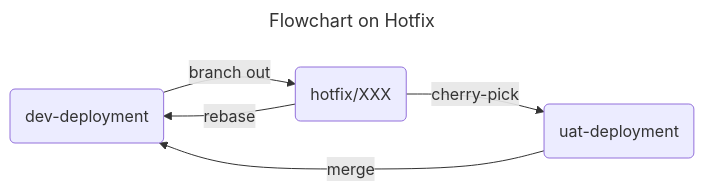
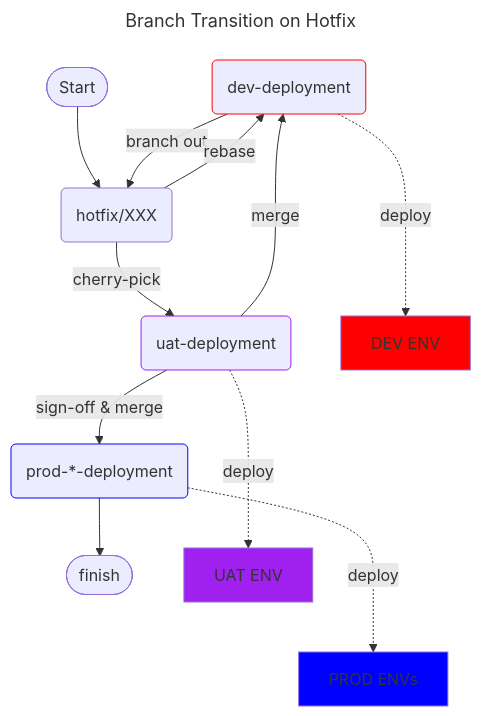
The second of 2 diagrams in how-we-develop/git-workflow.md (adamwan-nexplore/guidebook-nxp-hk), drawn with Mermaid before and after one commit. The commit also changed other lines of this file and 9 other files, not shown here.

````diff
--- a/how-we-develop/git-workflow.md
+++ b/how-we-develop/git-workflow.md
@@ -24,12 +43,34 @@
 ```mermaid
 ---
-title: Flowchart on Hotfix
+title: Branch Transition on Hotfix
 ---
-flowchart LR
-    base(dev-deployment)
+flowchart TD
+    develop(dev-deployment)
     hotfix(hotfix/XXX)
-    candidate(uat-deployment)
+    uat(uat-deployment)
+    prod(prod-*-deployment)
+    start([Start])
+    finish([finish])
 
-    base -->|branch out| hotfix -->|cherry-pick| candidate -->|merge| base
-    hotfix -->|rebase| base
+    dev-env[DEV ENV]
+    uat-env[UAT ENV]
+    prod-env[PROD ENVs]
+
+    style develop stroke:#f00
+    style uat stroke:#A020F0
+    style prod stroke:#00f
+
+    style dev-env fill:#f00
+    style uat-env fill:#A020F0
+    style prod-env fill:#00f
+
+    start --> hotfix
+    develop -->|branch out| hotfix -->|cherry-pick| uat -->|merge| develop
+    hotfix -->|rebase| develop
+
+    uat -->|sign-off & merge| prod --> finish
+
+    develop -..->|deploy| dev-env
+    uat -..->|deploy| uat-env
+    prod -..->|deploy| prod-env
 ```
````
